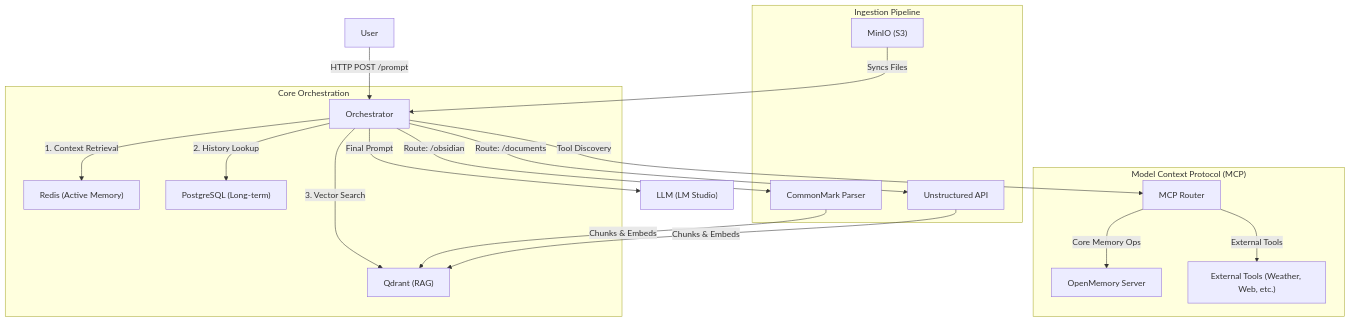
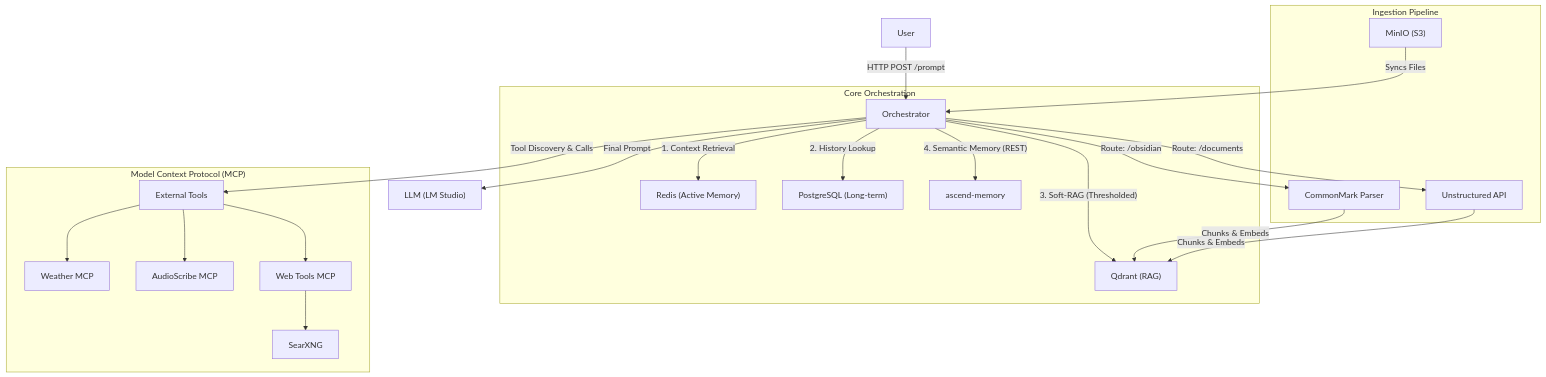
Before and after one commit to Lukk17/AscendAI: the diagram in Orchestrator/README.md, drawn with Mermaid. The commit also changed other lines of this file and 37 other files, not shown here.

Commit message:
Remove `AiConnectionService` and replace it with `ChatOrchestratorService`. Introduce `AscendWebSearch` and `AscendMemory` modules. Refactor controllers, ingestion pipeline, and tests for modularity. Update README and Docker configurations to align with new modules.

````diff
--- a/Orchestrator/README.md
+++ b/Orchestrator/README.md
@@ -15,26 +15,29 @@
 ```mermaid
 flowchart TD
     User["User"] -- "HTTP POST /prompt" --> Orchestrator["Orchestrator"]
     
     subgraph Core ["Core Orchestration"]
         Orchestrator -- "1. Context Retrieval" --> Redis["Redis (Active Memory)"]
         Orchestrator -- "2. History Lookup" --> Postgres["PostgreSQL (Long-term)"]
-        Orchestrator -- "3. Vector Search" --> Qdrant["Qdrant (RAG)"]
+        Orchestrator -- "3. Soft-RAG (Thresholded)" --> Qdrant["Qdrant (RAG)"]
+        Orchestrator -- "4. Semantic Memory (REST)" --> AscendMemory["ascend-memory"]
     end
     
     subgraph MCP ["Model Context Protocol (MCP)"]
-        Orchestrator -- "Tool Discovery" --> MCPRouter["MCP Router"]
-        MCPRouter -- "Core Memory Ops" --> OpenMemory["OpenMemory Server"]
-        MCPRouter -- "External Tools" --> ExtTools["External Tools (Weather, Web, etc.)"]
+        Orchestrator -- "Tool Discovery & Calls" --> ExtTools["External Tools"]
+        ExtTools --> Weather["Weather MCP"]
+        ExtTools --> Audio["AudioScribe MCP"]
+        ExtTools --> WebTools["Web Tools MCP"]
+        WebTools --> Searxng["SearXNG"]
     end
 
     subgraph Ingestion ["Ingestion Pipeline"]
         MinIO["MinIO (S3)"] -- "Syncs Files" --> Orchestrator
         Orchestrator -- "Route: /obsidian" --> MarkdownParser["CommonMark Parser"]
         Orchestrator -- "Route: /documents" --> UnstructuredAPI["Unstructured API"]
         MarkdownParser -- "Chunks & Embeds" --> Qdrant
         UnstructuredAPI -- "Chunks & Embeds" --> Qdrant
     end
     
     Orchestrator -- "Final Prompt" --> LLM["LLM (LM Studio)"]
 ```
````
